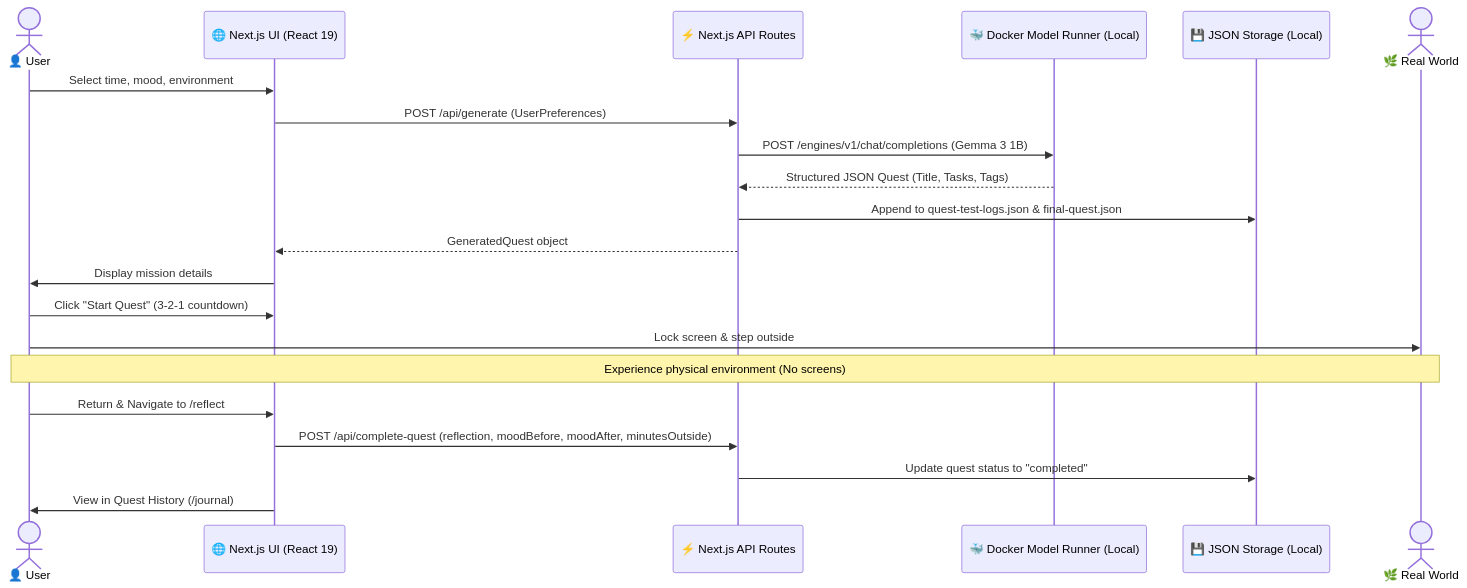
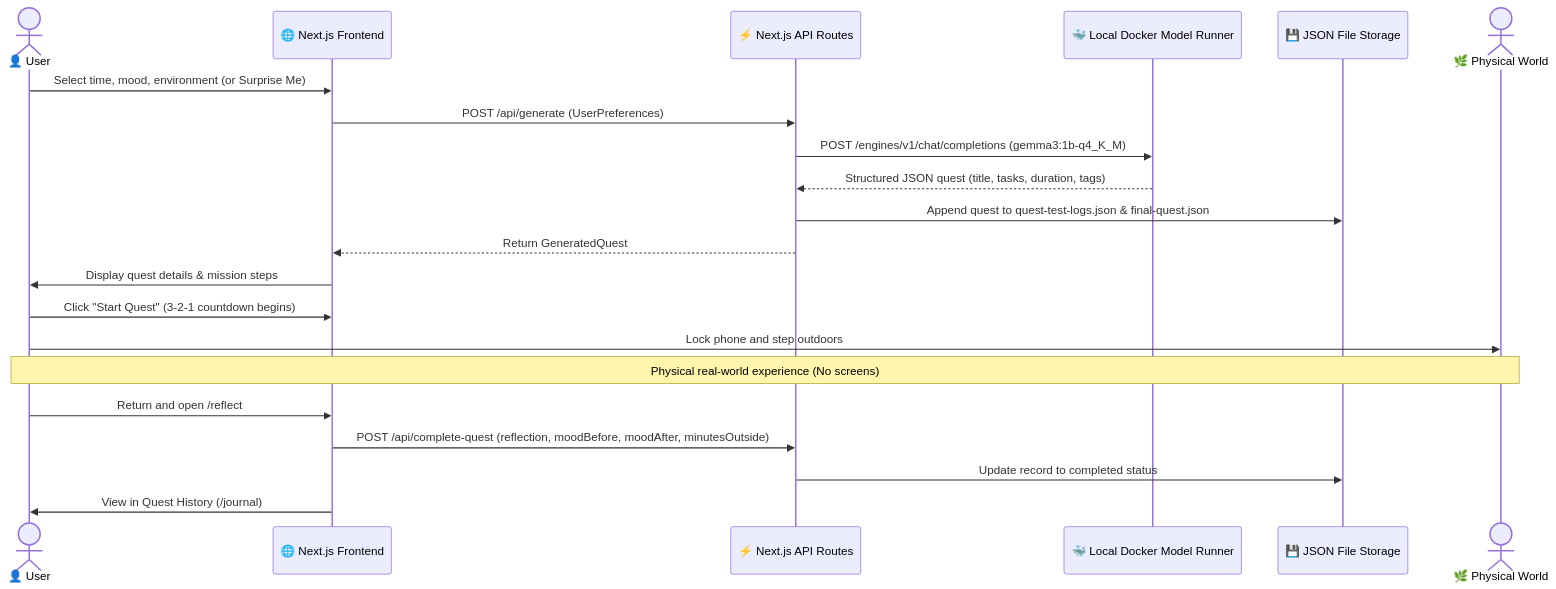
Before and after one commit to NegiSushant/OutsideQuest: the diagram in README.md, drawn with Mermaid. The commit also changed other lines of this file, not shown here.

````diff
--- a/README.md
+++ b/README.md
@@ -75,24 +79,24 @@
 ```mermaid
 sequenceDiagram
     actor User as 👤 User
-    participant Web as 🌐 Next.js UI (React 19)
+    participant UI as 🌐 Next.js Frontend
     participant API as ⚡ Next.js API Routes
-    participant Docker as 🐳 Docker Model Runner (Local)
-    participant Storage as 💾 JSON Storage (Local)
-    actor RealWorld as 🌿 Real World
+    participant Runner as 🐳 Local Docker Model Runner
+    participant Storage as 💾 JSON File Storage
+    actor Outside as 🌿 Physical World
 
-    User->>Web: Select time, mood, environment
-    Web->>API: POST /api/generate (UserPreferences)
-    API->>Docker: POST /engines/v1/chat/completions (Gemma 3 1B)
-    Docker-->>API: Structured JSON Quest (Title, Tasks, Tags)
-    API->>Storage: Append to quest-test-logs.json & final-quest.json
-    API-->>Web: GeneratedQuest object
-    Web->>User: Display mission details
-    User->>Web: Click "Start Quest" (3-2-1 countdown)
-    User->>RealWorld: Lock screen & step outside
-    Note over User,RealWorld: Experience physical environment (No screens)
-    User->>Web: Return & Navigate to /reflect
-    Web->>API: POST /api/complete-quest (reflection, moodBefore, moodAfter, minutesOutside)
-    API->>Storage: Update quest status to "completed"
-    Web->>User: View in Quest History (/journal)
+    User->>UI: Select time, mood, environment (or Surprise Me)
+    UI->>API: POST /api/generate (UserPreferences)
+    API->>Runner: POST /engines/v1/chat/completions (gemma3:1b-q4_K_M)
+    Runner-->>API: Structured JSON quest (title, tasks, duration, tags)
+    API->>Storage: Append quest to quest-test-logs.json & final-quest.json
+    API-->>UI: Return GeneratedQuest
+    UI->>User: Display quest details & mission steps
+    User->>UI: Click "Start Quest" (3-2-1 countdown begins)
+    User->>Outside: Lock phone and step outdoors
+    Note over User,Outside: Physical real-world experience (No screens)
+    User->>UI: Return and open /reflect
+    UI->>API: POST /api/complete-quest (reflection, moodBefore, moodAfter, minutesOutside)
+    API->>Storage: Update record to completed status
+    UI->>User: View in Quest History (/journal)
 ```
````
